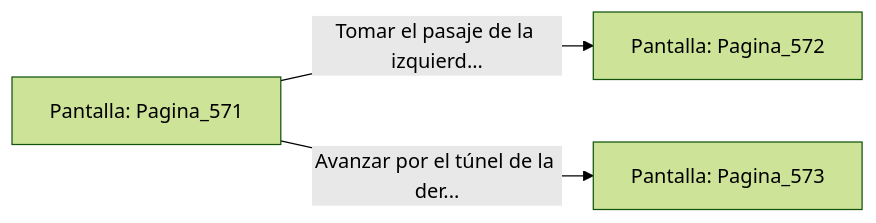
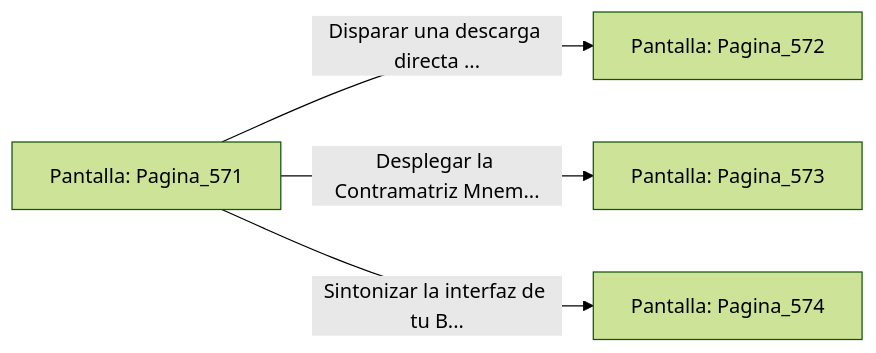
The diagram in sample/eligejuego-vault/Pantalla_Pagina_571.md (metsuke/mpl), drawn with Mermaid (forest theme) before and after one commit. The commit also changed other lines of this file and 635 other files, not shown here.

First line of the commit message:
fix: añadir Pagina_1 como pantalla inicial en capitulo_01.mpl

````diff
--- a/sample/eligejuego-vault/Pantalla_Pagina_571.md
+++ b/sample/eligejuego-vault/Pantalla_Pagina_571.md
@@ -20,6 +27,7 @@
 ```mermaid
 graph LR
     P_Pagina_571["Pantalla: Pagina_571"]
-    P_Pagina_571 -->|"Tomar el pasaje de la izquierd..."| P_Pagina_572["Pantalla: Pagina_572"]
-    P_Pagina_571 -->|"Avanzar por el túnel de la der..."| P_Pagina_573["Pantalla: Pagina_573"]
+    P_Pagina_571 -->|"Disparar una descarga directa ..."| P_Pagina_572["Pantalla: Pagina_572"]
+    P_Pagina_571 -->|"Desplegar la Contramatriz Mnem..."| P_Pagina_573["Pantalla: Pagina_573"]
+    P_Pagina_571 -->|"Sintonizar la interfaz de tu B..."| P_Pagina_574["Pantalla: Pagina_574"]
 ```
````
